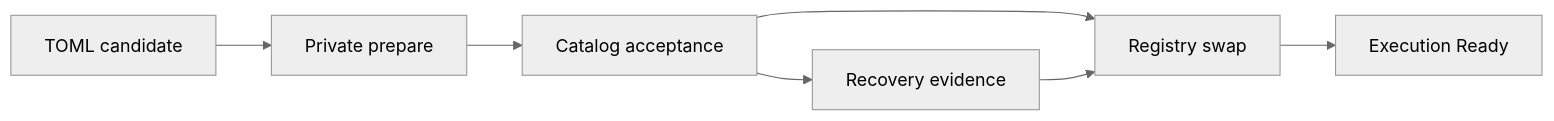
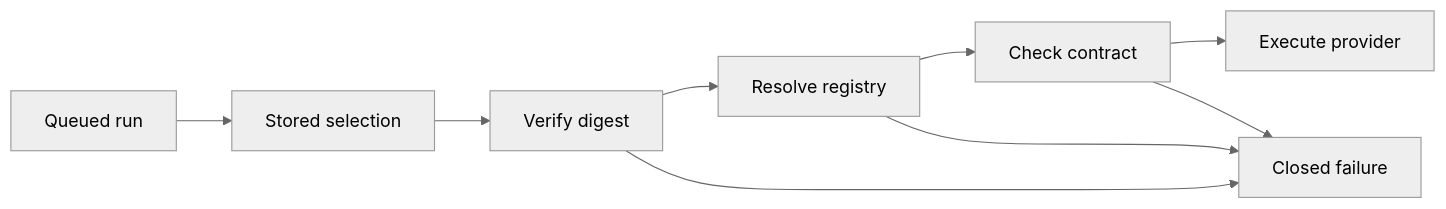
The ninth of 10 diagrams in docs/intention-relay/m4plus_concept.md (y0tsy/intention-relay), drawn with Mermaid (neutral theme) before and after one commit. The commit also changed other lines of this file, not shown here.

````diff
--- a/docs/intention-relay/m4plus_concept.md
+++ b/docs/intention-relay/m4plus_concept.md
@@ -743,9 +4700,11 @@
 ```mermaid
 flowchart LR
-  T[TOML candidate] --> P[Private prepare]
-  P --> A[Catalog acceptance]
-  A --> S[Registry swap]
-  S --> R[Execution Ready]
-  A --> X[Recovery evidence]
-  X --> S
+  Q[Queued run] --> S[Stored selection]
+  S --> V[Verify digest]
+  V --> R[Resolve registry]
+  R --> C[Check contract]
+  C --> E[Execute provider]
+  V --> F[Closed failure]
+  R --> F
+  C --> F
 ```
````
